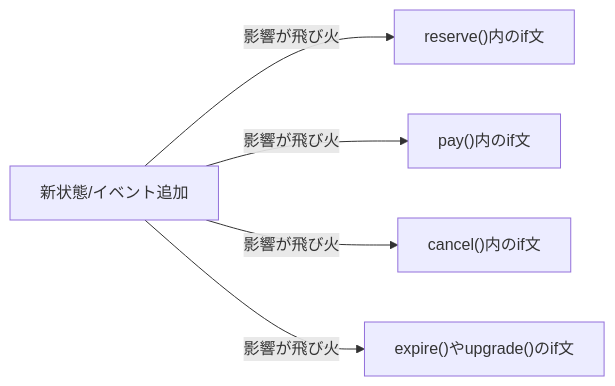
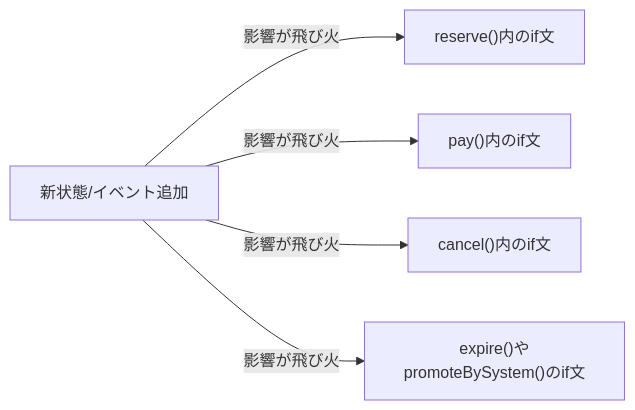
Before and after one commit to kumachan1101-pixel/DesignPattern: the eighth of 16 diagrams in kindle/design-patterns/output/chapter03.md, drawn with Mermaid. The commit also changed other lines of this file and 19 other files, not shown here.

````diff
--- a/kindle/design-patterns/output/chapter03.md
+++ b/kindle/design-patterns/output/chapter03.md
@@ -865,7 +885,7 @@
 ```mermaid
 graph LR
     T1["新状態/イベント追加"] -->|"影響が飛び火"| A["reserve()内のif文"]
     T1 -->|"影響が飛び火"| B["pay()内のif文"]
     T1 -->|"影響が飛び火"| C["cancel()内のif文"]
-    T1 -->|"影響が飛び火"| D["expire()やupgrade()のif文"]
+    T1 -->|"影響が飛び火"| D["expire()やpromoteBySystem()のif文"]
 ```
````
